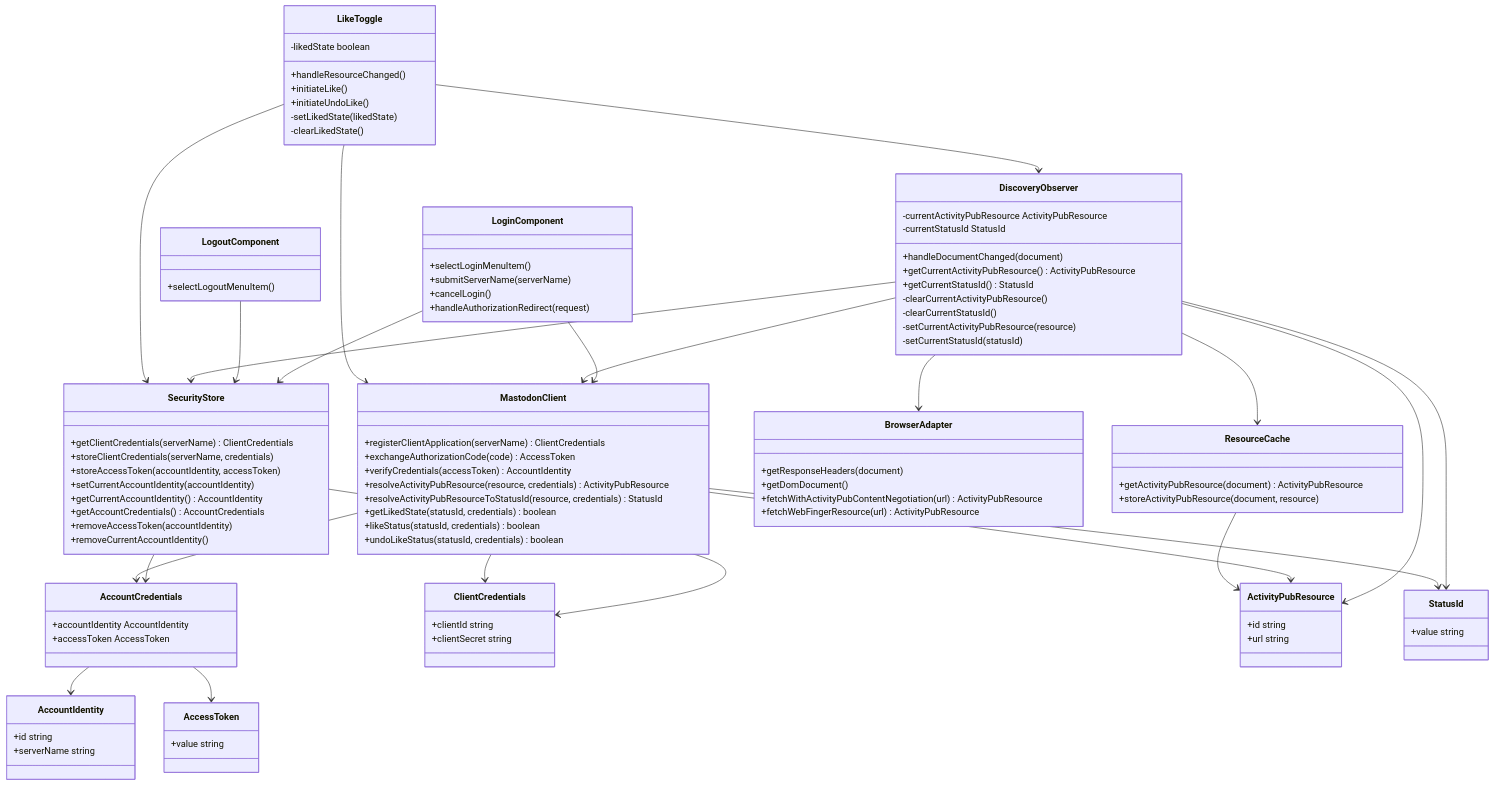
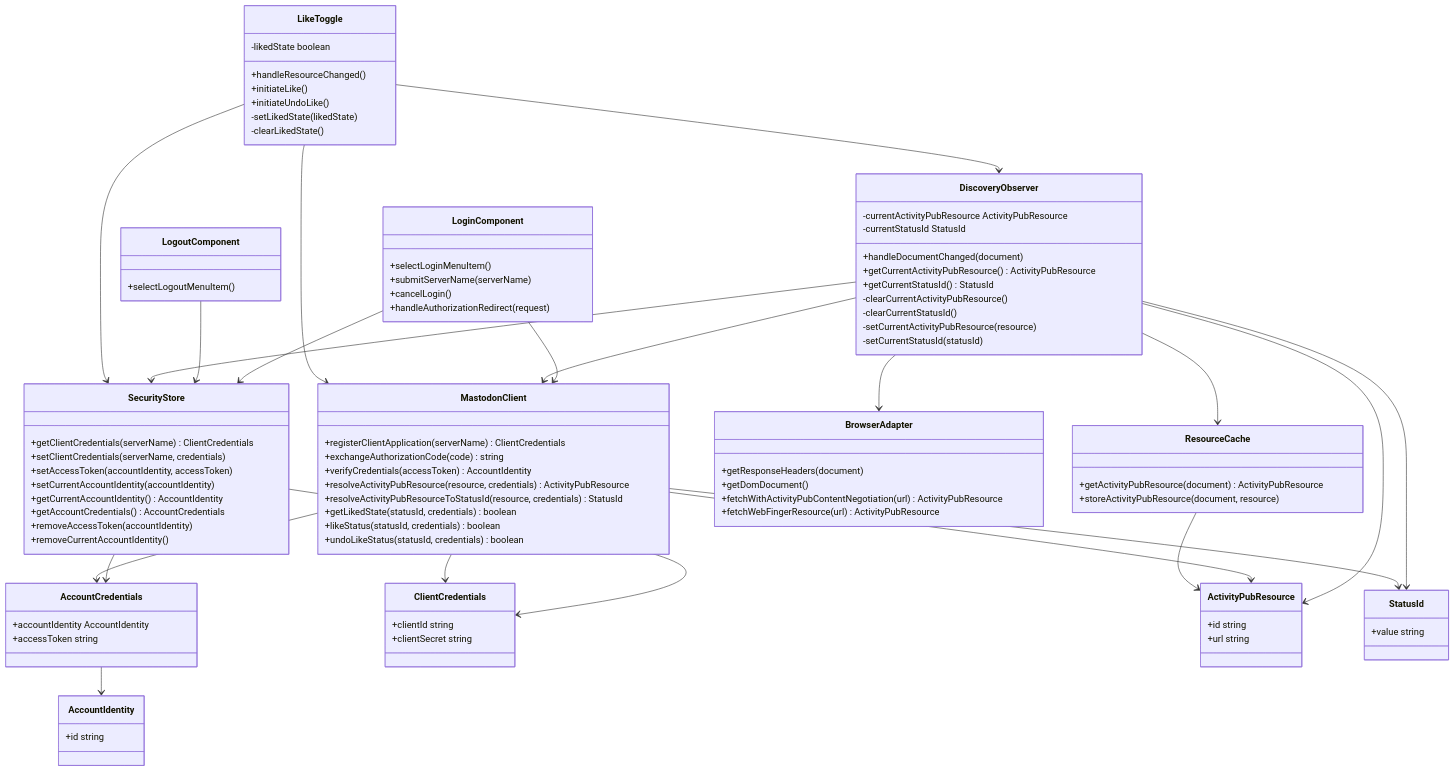
The diagram in docs/architecture/logical.md (social-web-foundation/activitypub-browser-extension), drawn with Mermaid before and after one commit. The commit also changed 6 other files, not shown here.

```diff
--- a/docs/architecture/logical.md
+++ b/docs/architecture/logical.md
@@ -36,8 +36,8 @@
 
     class SecurityStore {
         +getClientCredentials(serverName) ClientCredentials
-        +storeClientCredentials(serverName, credentials)
-        +storeAccessToken(accountIdentity, accessToken)
+        +setClientCredentials(serverName, credentials)
+        +setAccessToken(accountIdentity, accessToken)
         +setCurrentAccountIdentity(accountIdentity)
         +getCurrentAccountIdentity() AccountIdentity
         +getAccountCredentials() AccountCredentials
@@ -59,7 +59,7 @@
 
     class MastodonClient {
         +registerClientApplication(serverName) ClientCredentials
-        +exchangeAuthorizationCode(code) AccessToken
+        +exchangeAuthorizationCode(code) string
         +verifyCredentials(accessToken) AccountIdentity
         +resolveActivityPubResource(resource, credentials) ActivityPubResource
         +resolveActivityPubResourceToStatusId(resource, credentials) StatusId
@@ -70,7 +70,7 @@
 
     class AccountCredentials {
         +accountIdentity AccountIdentity
-        +accessToken AccessToken
+        +accessToken string
     }
 
     class ClientCredentials {
@@ -89,11 +89,6 @@
 
     class AccountIdentity {
         +id string
-        +serverName string
-    }
-
-    class AccessToken {
-        +value string
     }
 
     LoginComponent --> SecurityStore
@@ -111,7 +106,6 @@
     SecurityStore --> ClientCredentials
     SecurityStore --> AccountCredentials
     AccountCredentials --> AccountIdentity
-    AccountCredentials --> AccessToken
     MastodonClient --> ClientCredentials
     MastodonClient --> AccountCredentials
     MastodonClient --> ActivityPubResource
```
